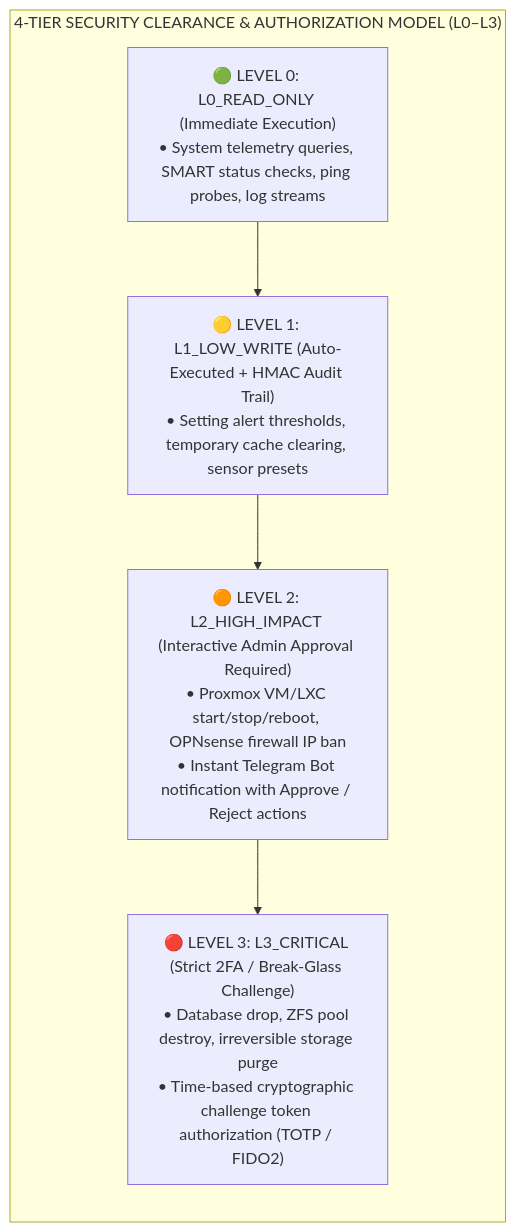
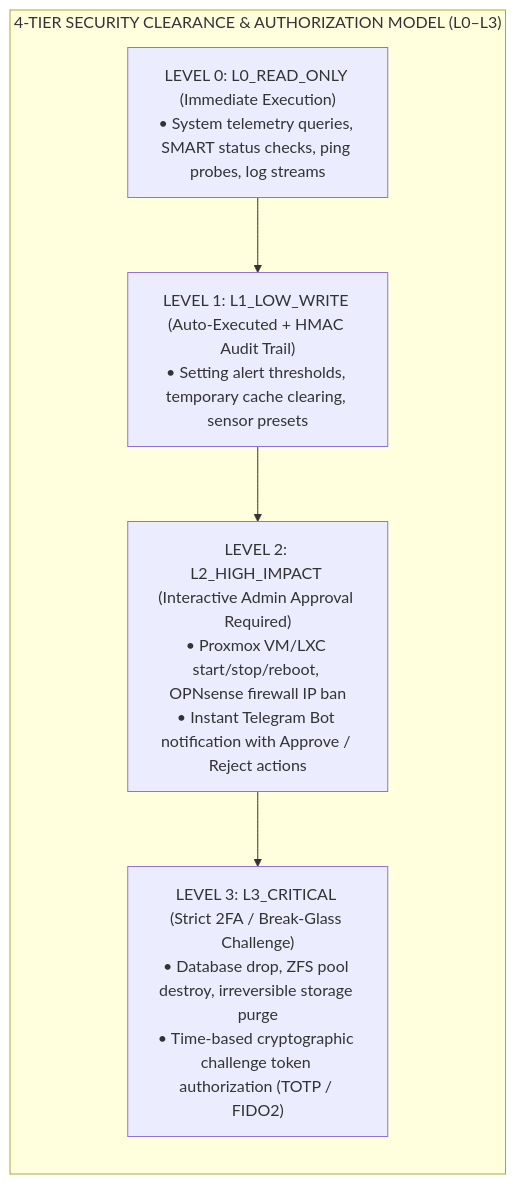
One commit to stefanutc1/datacenter changed the second of 3 diagrams in SECURITY.md. Above: the diagram before and after it, drawn with Mermaid. The commit also changed 27 other files, not shown here.

````diff
--- a/SECURITY.md
+++ b/SECURITY.md
@@ -77,12 +77,12 @@
 ```mermaid
 flowchart TD
     subgraph RingModel["4-TIER SECURITY CLEARANCE & AUTHORIZATION MODEL (L0–L3)"]
         direction TB
-        L0["🟢 LEVEL 0: L0_READ_ONLY (Immediate Execution)<br/>• System telemetry queries, SMART status checks, ping probes, log streams"]
-        L1["🟡 LEVEL 1: L1_LOW_WRITE (Auto-Executed + HMAC Audit Trail)<br/>• Setting alert thresholds, temporary cache clearing, sensor presets"]
-        L2["🟠 LEVEL 2: L2_HIGH_IMPACT (Interactive Admin Approval Required)<br/>• Proxmox VM/LXC start/stop/reboot, OPNsense firewall IP ban<br/>• Instant Telegram Bot notification with Approve / Reject actions"]
-        L3["🔴 LEVEL 3: L3_CRITICAL (Strict 2FA / Break-Glass Challenge)<br/>• Database drop, ZFS pool destroy, irreversible storage purge<br/>• Time-based cryptographic challenge token authorization (TOTP / FIDO2)"]
+        L0["LEVEL 0: L0_READ_ONLY (Immediate Execution)<br/>• System telemetry queries, SMART status checks, ping probes, log streams"]
+        L1["LEVEL 1: L1_LOW_WRITE (Auto-Executed + HMAC Audit Trail)<br/>• Setting alert thresholds, temporary cache clearing, sensor presets"]
+        L2["LEVEL 2: L2_HIGH_IMPACT (Interactive Admin Approval Required)<br/>• Proxmox VM/LXC start/stop/reboot, OPNsense firewall IP ban<br/>• Instant Telegram Bot notification with Approve / Reject actions"]
+        L3["LEVEL 3: L3_CRITICAL (Strict 2FA / Break-Glass Challenge)<br/>• Database drop, ZFS pool destroy, irreversible storage purge<br/>• Time-based cryptographic challenge token authorization (TOTP / FIDO2)"]
     end
 
     L0 --> L1 --> L2 --> L3
 ```
````
